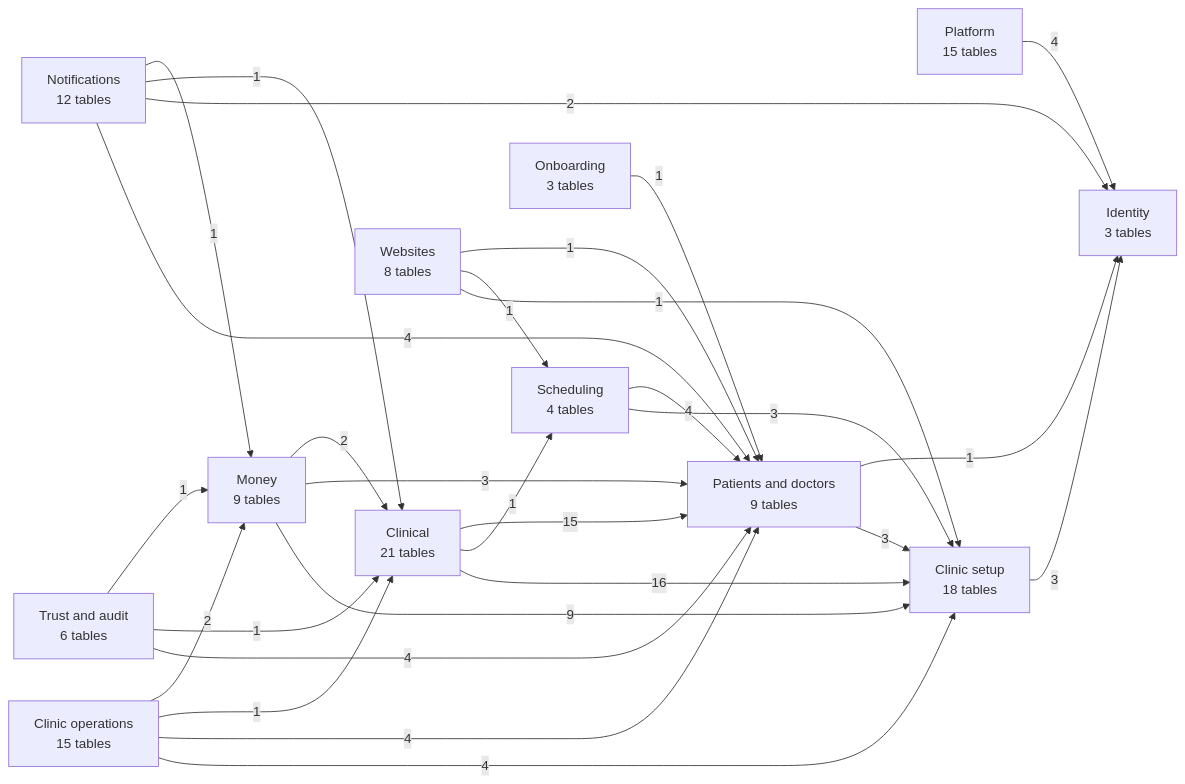
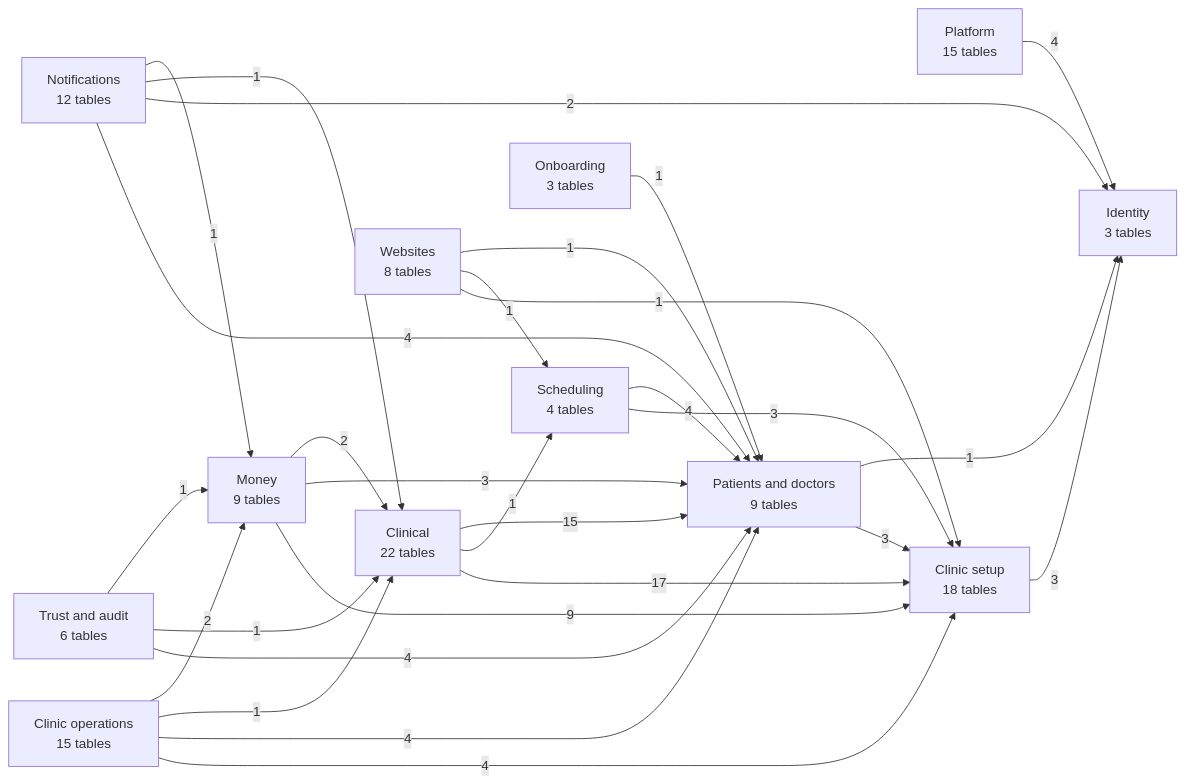
One commit to sakalyatechnologies/aarogyam changed the first of 13 diagrams in docs/database.md. Above: the diagram before and after it, drawn with Mermaid. The commit also changed other lines of this file and 19 other files, not shown here.

````diff
--- a/docs/database.md
+++ b/docs/database.md
@@ -27,42 +27,42 @@
 ```mermaid
 flowchart LR
   platform["Platform<br/>15 tables"]
   iam["Identity<br/>3 tables"]
   tenancy["Clinic setup<br/>18 tables"]
   people["Patients and doctors<br/>9 tables"]
   scheduling["Scheduling<br/>4 tables"]
-  clinical["Clinical<br/>21 tables"]
+  clinical["Clinical<br/>22 tables"]
   ops["Clinic operations<br/>15 tables"]
   billing["Money<br/>9 tables"]
   notify["Notifications<br/>12 tables"]
   web["Websites<br/>8 tables"]
   trust["Trust and audit<br/>6 tables"]
   onboarding["Onboarding<br/>3 tables"]
   billing -->|2| clinical
   billing -->|3| people
   billing -->|9| tenancy
   clinical -->|15| people
   clinical -->|1| scheduling
-  clinical -->|16| tenancy
+  clinical -->|17| tenancy
   notify -->|1| billing
   notify -->|1| clinical
   notify -->|2| iam
   notify -->|4| people
   onboarding -->|1| people
   ops -->|2| billing
   ops -->|1| clinical
   ops -->|4| people
   ops -->|4| tenancy
   people -->|1| iam
   people -->|3| tenancy
   platform -->|4| iam
   scheduling -->|4| people
   scheduling -->|3| tenancy
   tenancy -->|3| iam
   trust -->|1| billing
   trust -->|1| clinical
   trust -->|4| people
   web -->|1| people
   web -->|1| scheduling
   web -->|1| tenancy
 ```
````
